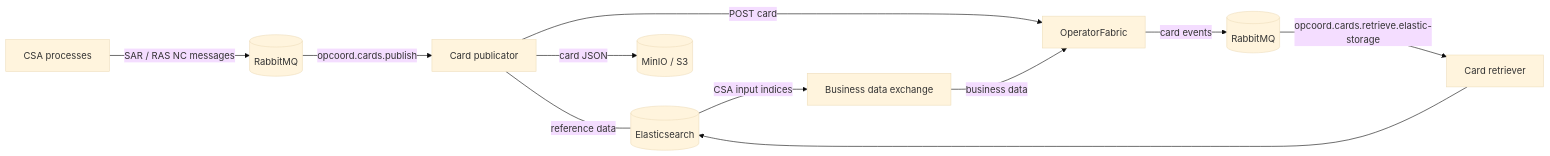
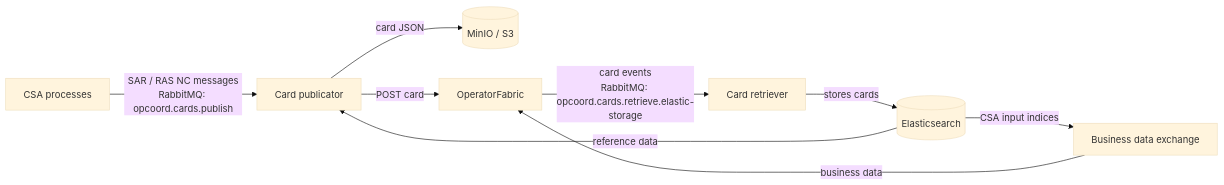
One commit to Baltic-RCC/opcoord-platform changed the diagram in docs/architecture.md. Above: the diagram before and after it, drawn with Mermaid (base theme). The commit also changed 7 other files, not shown here.

First line of the commit message:
docs: add Processes section and make diagrams readable

````diff
--- a/docs/architecture.md
+++ b/docs/architecture.md
@@ -5,13 +5,11 @@
 ```mermaid
 flowchart LR
-    CSA[CSA processes] -- "SAR / RAS NC messages" --> RMQ[(RabbitMQ)]
-    RMQ -- "opcoord.cards.publish" --> PUB[Card publicator]
-    PUB -- "reference data" --- ES[(Elasticsearch)]
+    CSA[CSA processes] -- "SAR / RAS NC messages<br/>RabbitMQ: opcoord.cards.publish" --> PUB[Card publicator]
+    ES[(Elasticsearch)] -- "reference data" --> PUB
+    PUB -- "card JSON" --> S3[(MinIO / S3)]
     PUB -- "POST card" --> OPFAB[OperatorFabric]
-    PUB -- "card JSON" --> S3[(MinIO / S3)]
-    OPFAB -- "card events" --> RMQ2[(RabbitMQ)]
-    RMQ2 -- "opcoord.cards.retrieve.elastic-storage" --> RET[Card retriever]
-    RET --> ES
+    OPFAB -- "card events<br/>RabbitMQ: opcoord.cards.retrieve.elastic-storage" --> RET[Card retriever]
+    RET -- "stores cards" --> ES
     ES -- "CSA input indices" --> BDE[Business data exchange]
     BDE -- "business data" --> OPFAB
 ```
````
